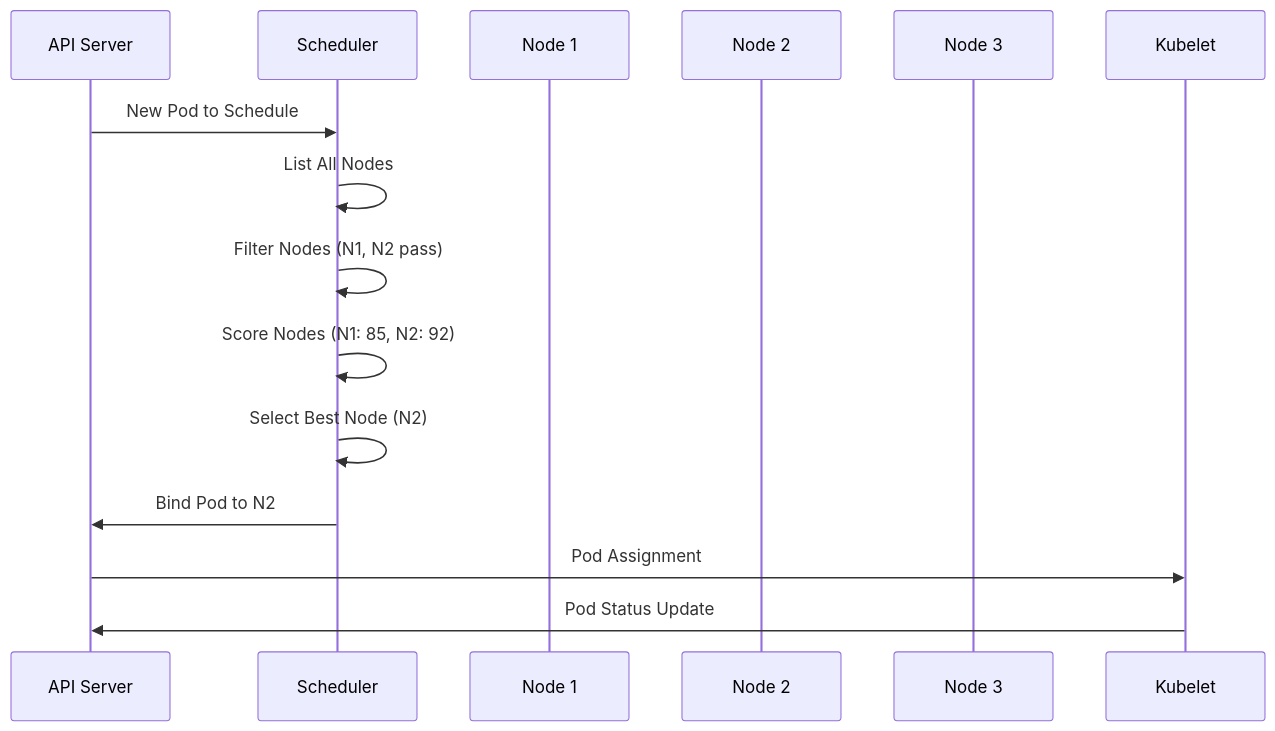
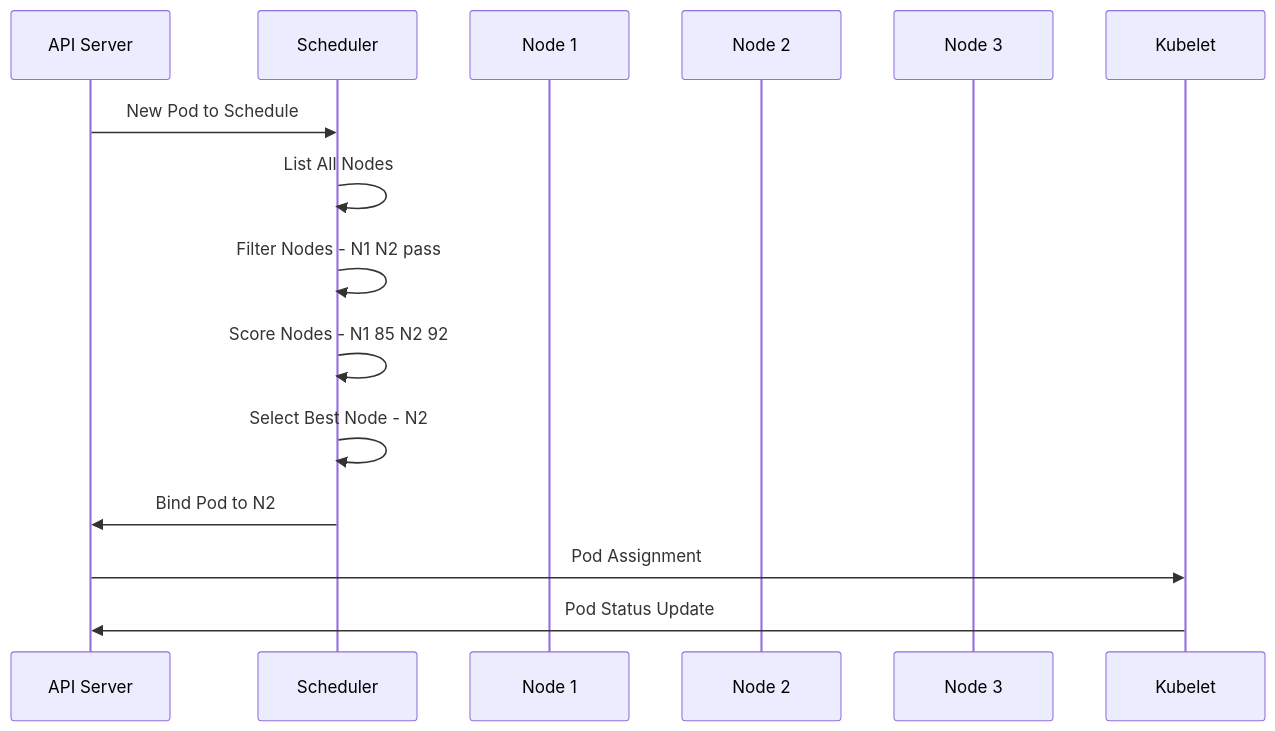
Before and after one commit to niceguy61/kdt_devops_lecture_2025: the third of 8 diagrams in theory/week_03/day1/session_3.md, drawn with Mermaid. The commit also changed other lines of this file, not shown here.

Commit message:
mermaid update

````diff
--- a/theory/week_03/day1/session_3.md
+++ b/theory/week_03/day1/session_3.md
@@ -129,18 +129,18 @@
 ```mermaid
 sequenceDiagram
     participant A as API Server
     participant S as Scheduler
     participant N1 as Node 1
     participant N2 as Node 2
     participant N3 as Node 3
     participant K as Kubelet
     
     A->>S: New Pod to Schedule
     S->>S: List All Nodes
-    S->>S: Filter Nodes (N1, N2 pass)
-    S->>S: Score Nodes (N1: 85, N2: 92)
-    S->>S: Select Best Node (N2)
+    S->>S: Filter Nodes - N1 N2 pass
+    S->>S: Score Nodes - N1 85 N2 92
+    S->>S: Select Best Node - N2
     S->>A: Bind Pod to N2
     A->>K: Pod Assignment
     K->>A: Pod Status Update
 ```
````
